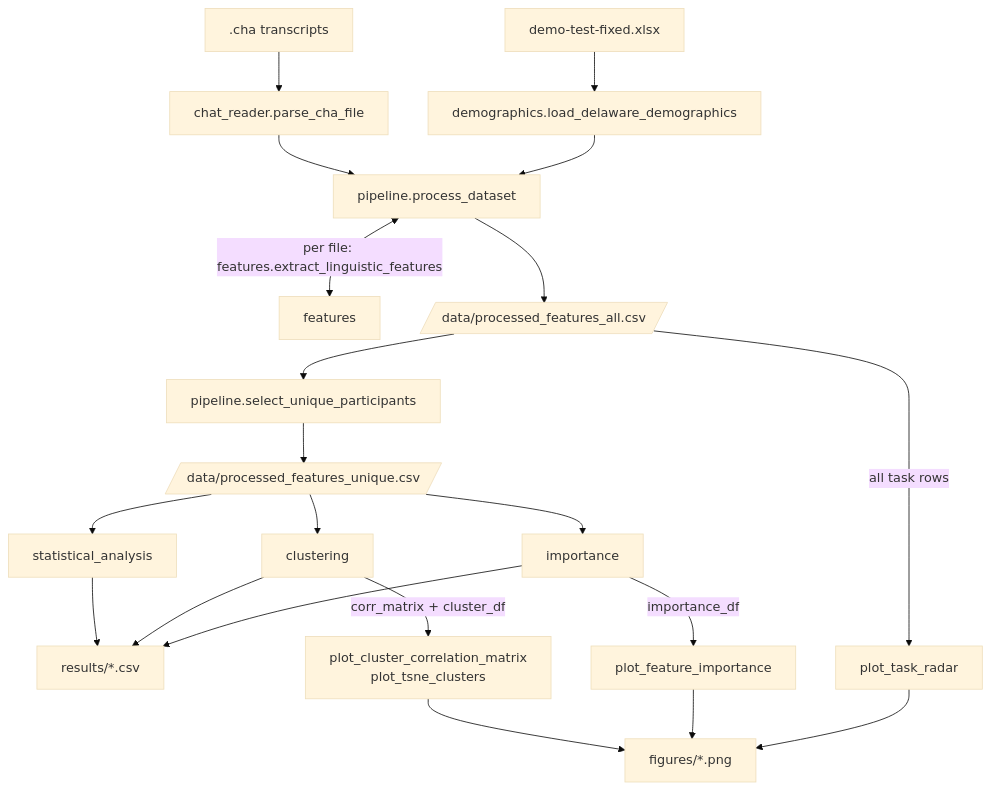
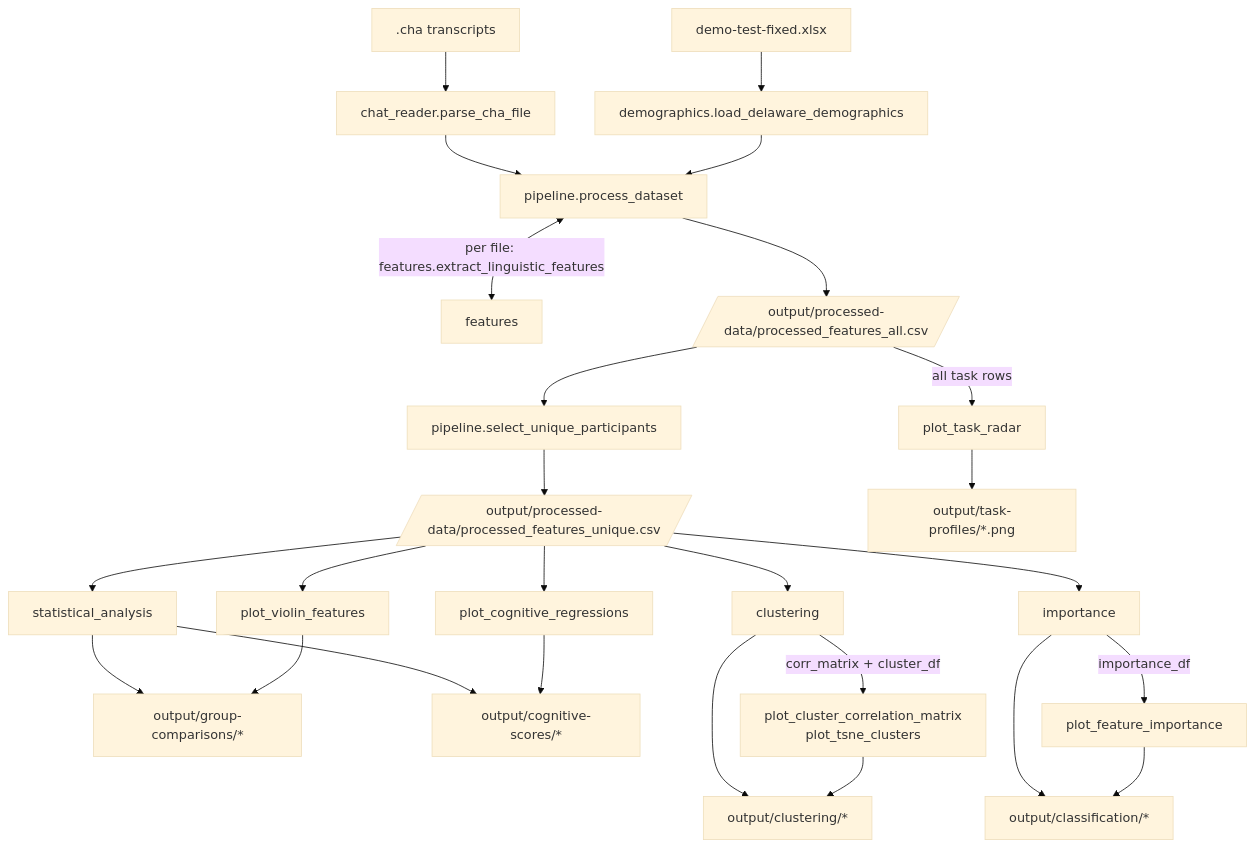
Before and after one commit to HeigatVu/delware-project: the diagram in book/architecture.md, drawn with Mermaid (base theme). The commit also changed other lines of this file and 32 other files, not shown here.

Commit message:
feat(output): group generated outputs by feature

````diff
--- a/book/architecture.md
+++ b/book/architecture.md
@@ -9,26 +9,31 @@
 ```mermaid
 flowchart TD
   CHA[".cha transcripts"] --> CR["chat_reader.parse_cha_file"]
   XLSX["demo-test-fixed.xlsx"] --> DEMO["demographics.load_delaware_demographics"]
   CR --> PROC["pipeline.process_dataset"]
   DEMO --> PROC
   PROC <--> |"per file: features.extract_linguistic_features"| FEAT["features"]
-  PROC --> ALL[/"data/processed_features_all.csv"/]
+  PROC --> ALL[/"output/processed-data/processed_features_all.csv"/]
   ALL --> UNIQ["pipeline.select_unique_participants"]
-  UNIQ --> UF[/"data/processed_features_unique.csv"/]
+  UNIQ --> UF[/"output/processed-data/processed_features_unique.csv"/]
 
   UF --> SA["statistical_analysis"]
   UF --> CLU["clustering"]
   UF --> IMP["importance"]
 
-  SA --> RES["results/*.csv"]
-  CLU --> RES
-  IMP --> RES
+  SA --> GC["output/group-comparisons/*"]
+  SA --> COG["output/cognitive-scores/*"]
+  CLU --> CL["output/clustering/*"]
+  IMP --> CLS["output/classification/*"]
 
   CLU --> |"corr_matrix + cluster_df"| CM["plot_cluster_correlation_matrix<br>plot_tsne_clusters"]
   IMP --> |"importance_df"| FI["plot_feature_importance"]
   ALL --> |"all task rows"| RADAR["plot_task_radar"]
-  CM --> FIG["figures/*.png"]
-  FI --> FIG
-  RADAR --> FIG
+  UF --> VIOLIN["plot_violin_features"]
+  UF --> REGR["plot_cognitive_regressions"]
+  CM --> CL
+  FI --> CLS
+  VIOLIN --> GC
+  REGR --> COG
+  RADAR --> TASK["output/task-profiles/*.png"]
 ```
````
